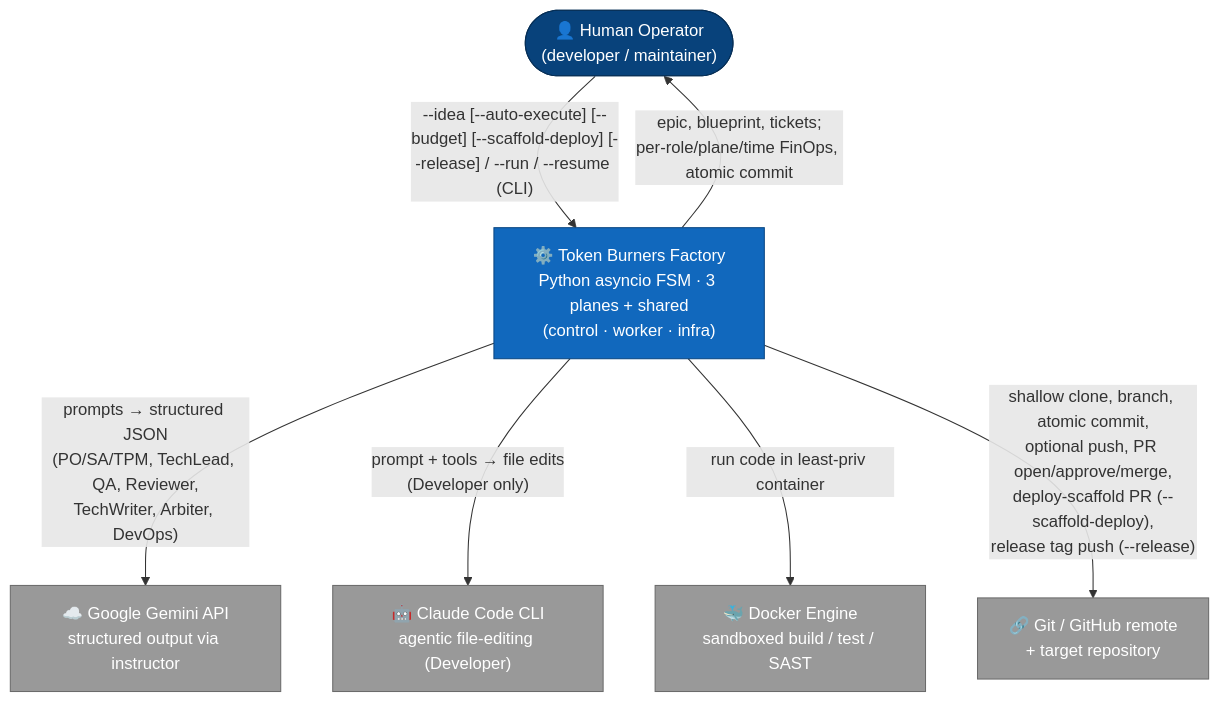
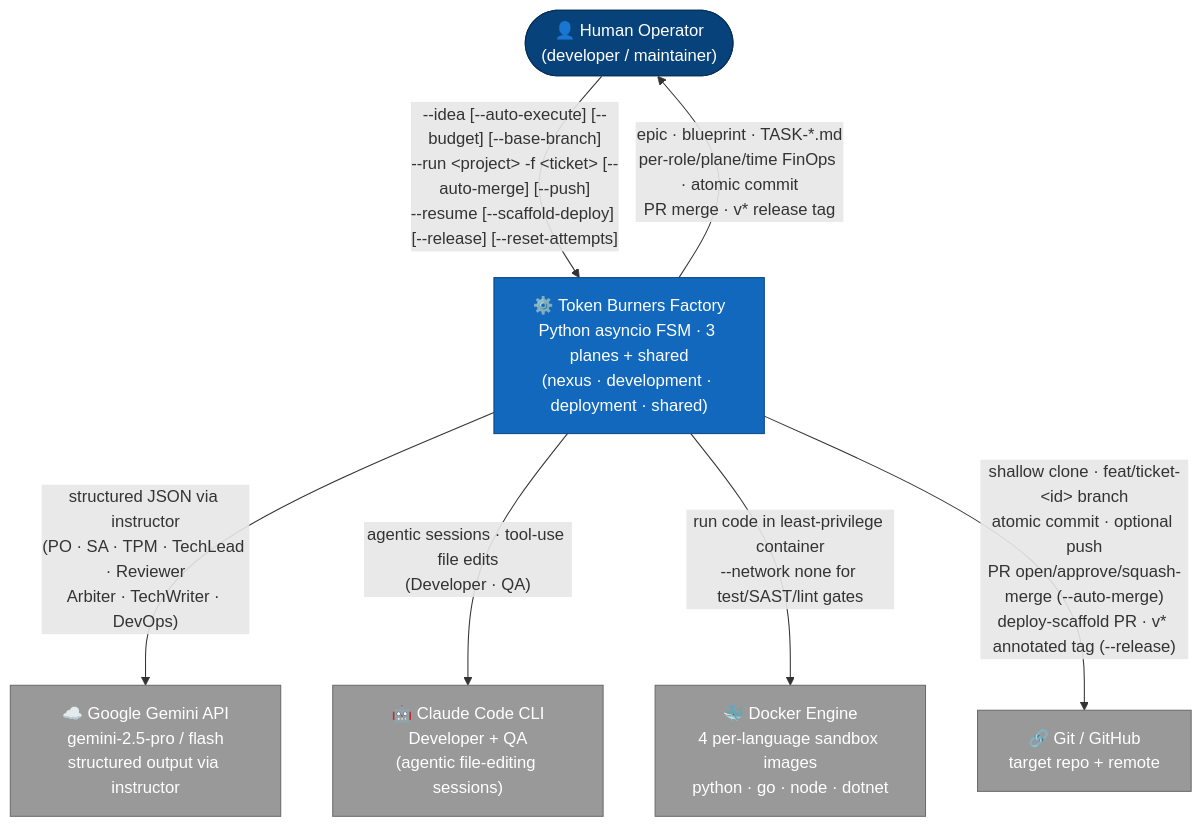
One commit to pavel-shyrko/async-agentic-sdlc changed the first of 5 diagrams in docs/ARCHITECTURE.md. Above: the diagram before and after it, drawn with Mermaid. The commit also changed other lines of this file and 7 other files, not shown here.

````diff
--- a/docs/ARCHITECTURE.md
+++ b/docs/ARCHITECTURE.md
@@ -22,26 +22,26 @@
 ```mermaid
 flowchart TB
     human(["👤 Human Operator<br/>(developer / maintainer)"])
 
-    engine["⚙️ Token Burners Factory<br/>Python asyncio FSM · 3 planes + shared<br/>(control · worker · infra)"]
+    engine["⚙️ Token Burners Factory<br/>Python asyncio FSM · 3 planes + shared<br/>(nexus · development · deployment · shared)"]
 
-    gemini["☁️ Google Gemini API<br/>structured output via instructor"]
-    claude["🤖 Claude Code CLI<br/>agentic file-editing (Developer)"]
-    docker["🐳 Docker Engine<br/>sandboxed build / test / SAST"]
-    github["🔗 Git / GitHub remote<br/>+ target repository"]
+    gemini["☁️ Google Gemini API<br/>gemini-2.5-pro / flash<br/>structured output via instructor"]
+    claude["🤖 Claude Code CLI<br/>Developer + QA<br/>(agentic file-editing sessions)"]
+    docker["🐳 Docker Engine<br/>4 per-language sandbox images<br/>python · go · node · dotnet"]
+    github["🔗 Git / GitHub<br/>target repo + remote"]
 
-    human -->|"--idea [--auto-execute] [--budget] [--scaffold-deploy] [--release] / --run / --resume (CLI)"| engine
-    engine -->|"epic, blueprint, tickets;<br/>per-role/plane/time FinOps, atomic commit"| human
+    human -->|"--idea [--auto-execute] [--budget] [--base-branch]<br/>--run &lt;project&gt; -f &lt;ticket&gt; [--auto-merge] [--push]<br/>--resume [--scaffold-deploy] [--release] [--reset-attempts]"| engine
+    engine -->|"epic · blueprint · TASK-*.md<br/>per-role/plane/time FinOps · atomic commit<br/>PR merge · v* release tag"| human
 
-    engine -->|"prompts → structured JSON<br/>(PO/SA/TPM, TechLead, QA, Reviewer,<br/>TechWriter, Arbiter, DevOps)"| gemini
-    engine -->|"prompt + tools → file edits<br/>(Developer only)"| claude
-    engine -->|"run code in least-priv container"| docker
-    engine -->|"shallow clone, branch, atomic commit,<br/>optional push, PR open/approve/merge,<br/>deploy-scaffold PR (--scaffold-deploy),<br/>release tag push (--release)"| github
+    engine -->|"structured JSON via instructor<br/>(PO · SA · TPM · TechLead · Reviewer<br/>Arbiter · TechWriter · DevOps)"| gemini
+    engine -->|"agentic sessions · tool-use file edits<br/>(Developer · QA)"| claude
+    engine -->|"run code in least-privilege container<br/>--network none for test/SAST/lint gates"| docker
+    engine -->|"shallow clone · feat/ticket-&lt;id&gt; branch<br/>atomic commit · optional push<br/>PR open/approve/squash-merge (--auto-merge)<br/>deploy-scaffold PR · v* annotated tag (--release)"| github
 
     classDef sys fill:#1168bd,stroke:#0b4884,color:#fff;
     classDef ext fill:#999,stroke:#6b6b6b,color:#fff;
     classDef person fill:#08427b,stroke:#052e56,color:#fff;
     class engine sys;
     class gemini,claude,docker,github ext;
     class human person;
 ```
````
